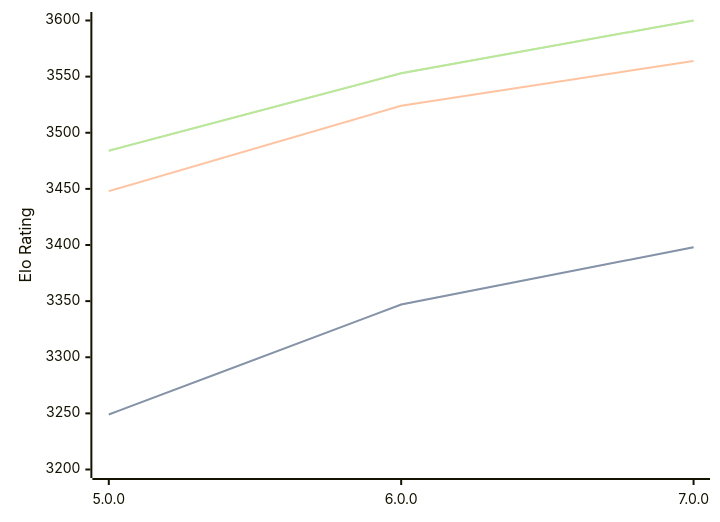
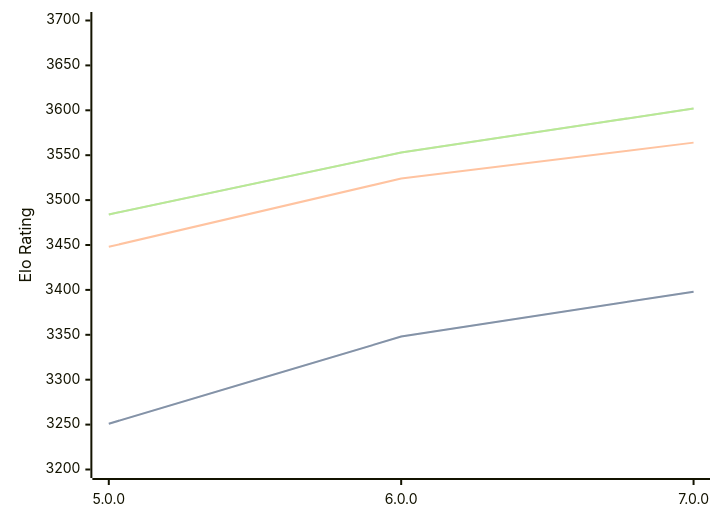
Before and after one commit to computer-chess-index/cci: the diagram in engines/Stormphrax.md, drawn with Mermaid. The commit also changed other lines of this file, not shown here.

Commit message:
Update CCI Ratings (ELO VLTC) - 2026-05-15

````diff
--- a/engines/Stormphrax.md
+++ b/engines/Stormphrax.md
@@ -38,11 +38,11 @@
 ```mermaid
 %%{init: {"theme":"base","themeVariables":{"seriesColors:['#a3a3a3','#222221','#faa371']}}}%%
 xychart-beta
   x-axis ["5.0.0", "6.0.0", "7.0.0"]
-  y-axis "Elo Rating" 3200 --> 3600
-  line "STC (8.0+0.08s)" [3249, 3347, 3398]
-  line "STC (8.0+0.08s)" [3249, 3347, 3398]
+  y-axis "Elo Rating" 3200 --> 3700
+  line "STC (8.0+0.08s)" [3251, 3348, 3398]
+  line "STC (8.0+0.08s)" [3251, 3348, 3398]
   line "LTC (60.0+0.60s)" [3448, 3524, 3564]
-  line "VLTC (2m24s+1.12s)" [3484, 3553, 3600]
-  line "VLTC (2m24s+1.12s)" [3484, 3553, 3600]
+  line "VLTC (2m24s+1.12s)" [3484, 3553, 3602]
+  line "VLTC (2m24s+1.12s)" [3484, 3553, 3602]
 ```
````
